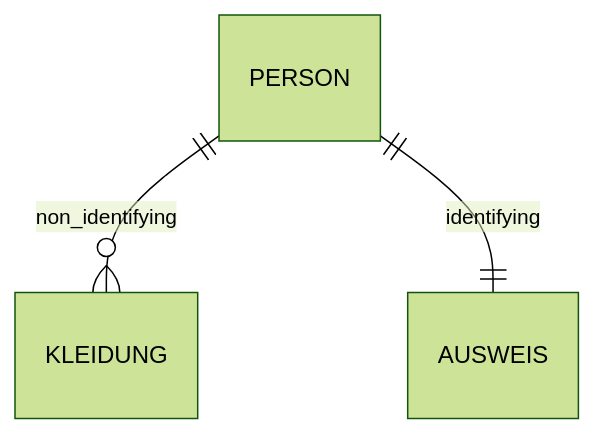
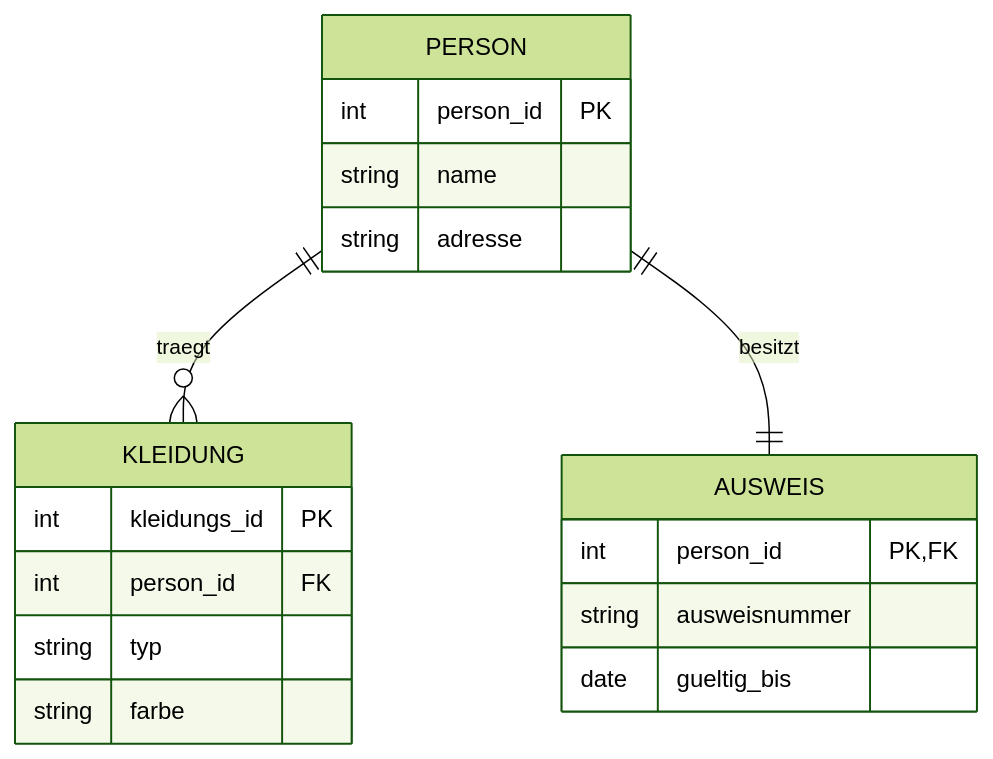
One commit to philippesaxer/M164 changed the fourth of 4 diagrams in README.md. Above: the diagram before and after it, drawn with Mermaid (forest theme).

````diff
--- a/README.md
+++ b/README.md
@@ -255,6 +257,25 @@
 ```mermaid
 erDiagram
 
-PERSON ||--o{ KLEIDUNG : non_identifying
-PERSON ||--|| AUSWEIS : identifying
+PERSON ||--o{ KLEIDUNG : traegt
+PERSON ||--|| AUSWEIS : besitzt
+
+PERSON {
+  int person_id PK
+  string name
+  string adresse
+}
+
+KLEIDUNG {
+  int kleidungs_id PK
+  int person_id FK
+  string typ
+  string farbe
+}
+
+AUSWEIS {
+  int person_id PK, FK
+  string ausweisnummer
+  date gueltig_bis
+}
 ```
````
